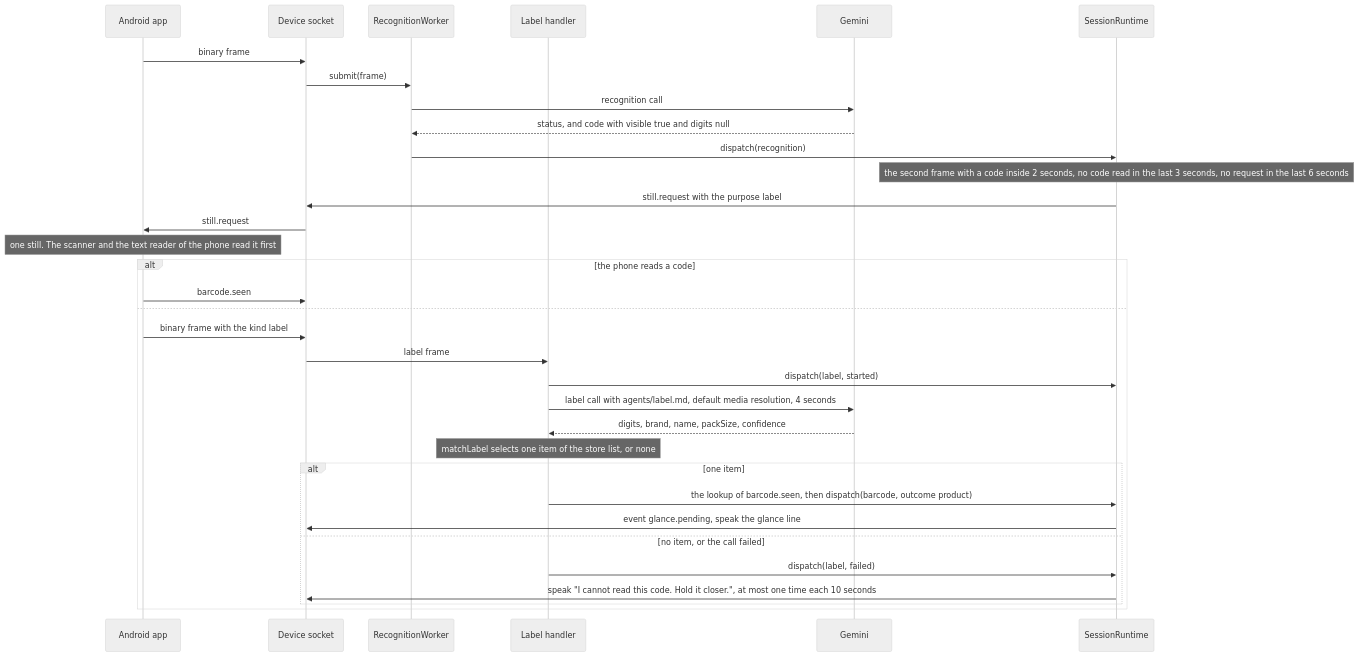
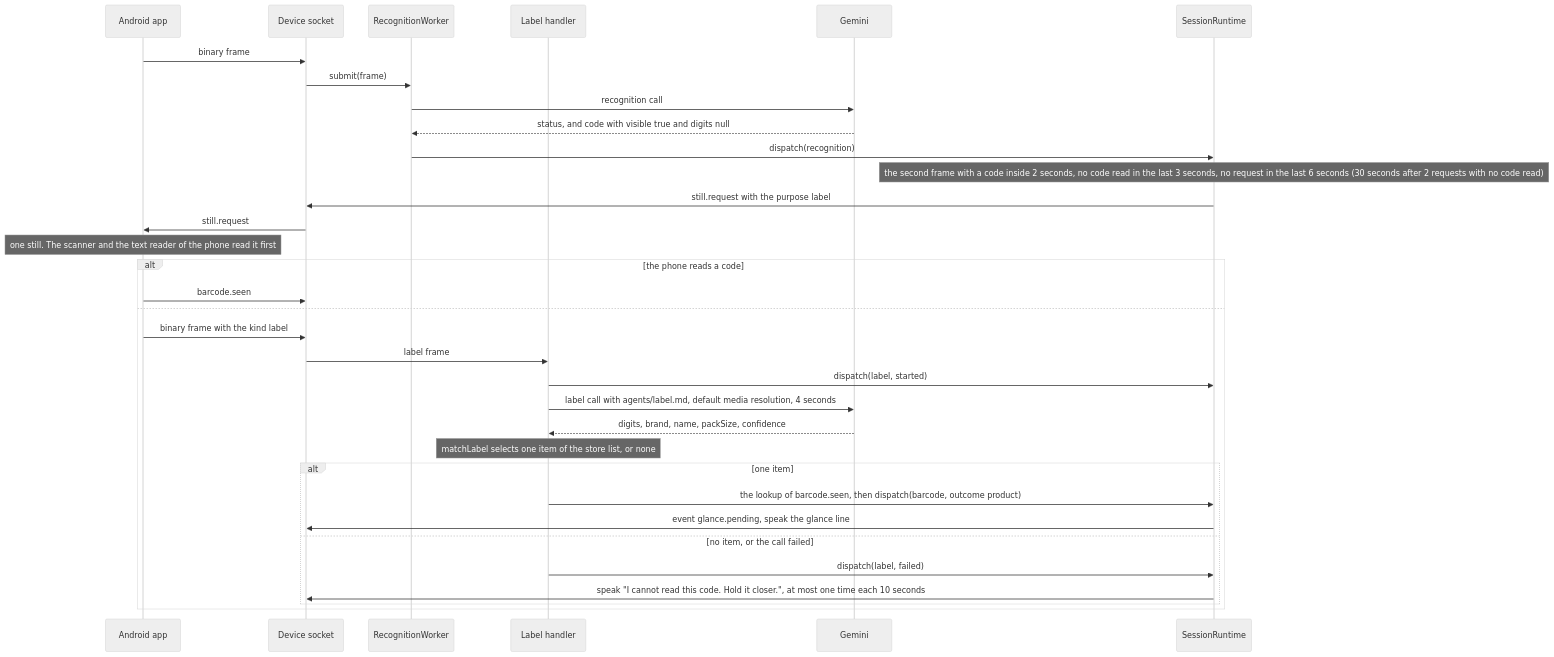
Before and after one commit to mrBymax/glance: the fifth of 10 diagrams in docs/architecture.md, drawn with Mermaid (neutral theme). The commit also changed other lines of this file and 1 other file, not shown here.

````diff
--- a/docs/architecture.md
+++ b/docs/architecture.md
@@ -265,36 +265,36 @@
 ```mermaid
 sequenceDiagram
   participant App as Android app
   participant Socket as Device socket
   participant Worker as RecognitionWorker
   participant Label as Label handler
   participant Gemini
   participant Runtime as SessionRuntime
 
   App->>Socket: binary frame
   Socket->>Worker: submit(frame)
   Worker->>Gemini: recognition call
   Gemini-->>Worker: status, and code with visible true and digits null
   Worker->>Runtime: dispatch(recognition)
-  Note over Runtime: the second frame with a code inside 2 seconds, no code read in the last 3 seconds, no request in the last 6 seconds
+  Note over Runtime: the second frame with a code inside 2 seconds, no code read in the last 3 seconds, no request in the last 6 seconds (30 seconds after 2 requests with no code read)
   Runtime->>Socket: still.request with the purpose label
   Socket->>App: still.request
   Note over App: one still. The scanner and the text reader of the phone read it first
   alt the phone reads a code
     App->>Socket: barcode.seen
   else
     App->>Socket: binary frame with the kind label
     Socket->>Label: label frame
     Label->>Runtime: dispatch(label, started)
     Label->>Gemini: label call with agents/label.md, default media resolution, 4 seconds
     Gemini-->>Label: digits, brand, name, packSize, confidence
     Note over Label: matchLabel selects one item of the store list, or none
     alt one item
       Label->>Runtime: the lookup of barcode.seen, then dispatch(barcode, outcome product)
       Runtime->>Socket: event glance.pending, speak the glance line
     else no item, or the call failed
       Label->>Runtime: dispatch(label, failed)
       Runtime->>Socket: speak "I cannot read this code. Hold it closer.", at most one time each 10 seconds
     end
   end
 ```
````
